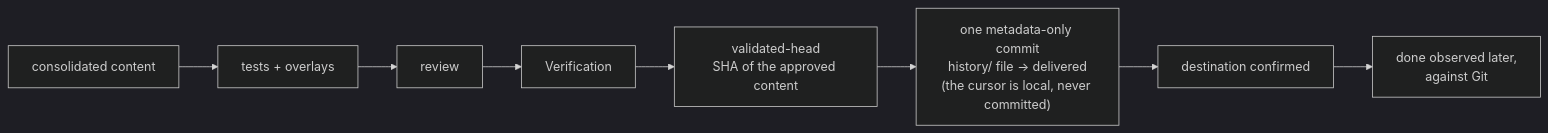
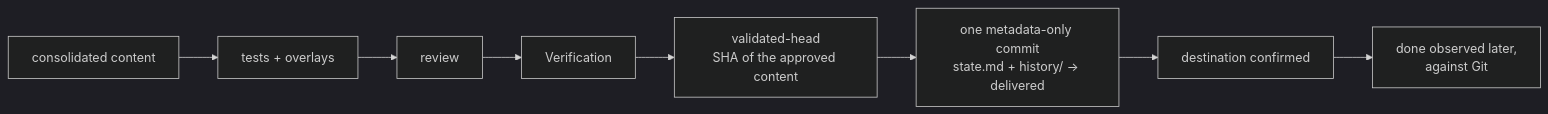
One commit to rpelizza/PelizzAI changed the sixth of 8 diagrams in README.md. Above: the diagram before and after it, drawn with Mermaid (dark theme). The commit also changed other lines of this file and 438 other files, not shown here.

````diff
--- a/README.md
+++ b/README.md
@@ -342,10 +321,10 @@
 ```mermaid
 flowchart LR
     C["consolidated content"] --> T["tests + overlays"]
     T --> R["review"]
     R --> V["Verification"]
     V --> S["validated-head<br/>SHA of the approved content"]
-    S --> M["one metadata-only commit<br/>history/ file → delivered<br/>(the cursor is local, never committed)"]
+    S --> M["one metadata-only commit<br/>state.md + history/ → delivered"]
     M --> X["destination confirmed"]
     X --> DN["done observed later,<br/>against Git"]
 ```
````
